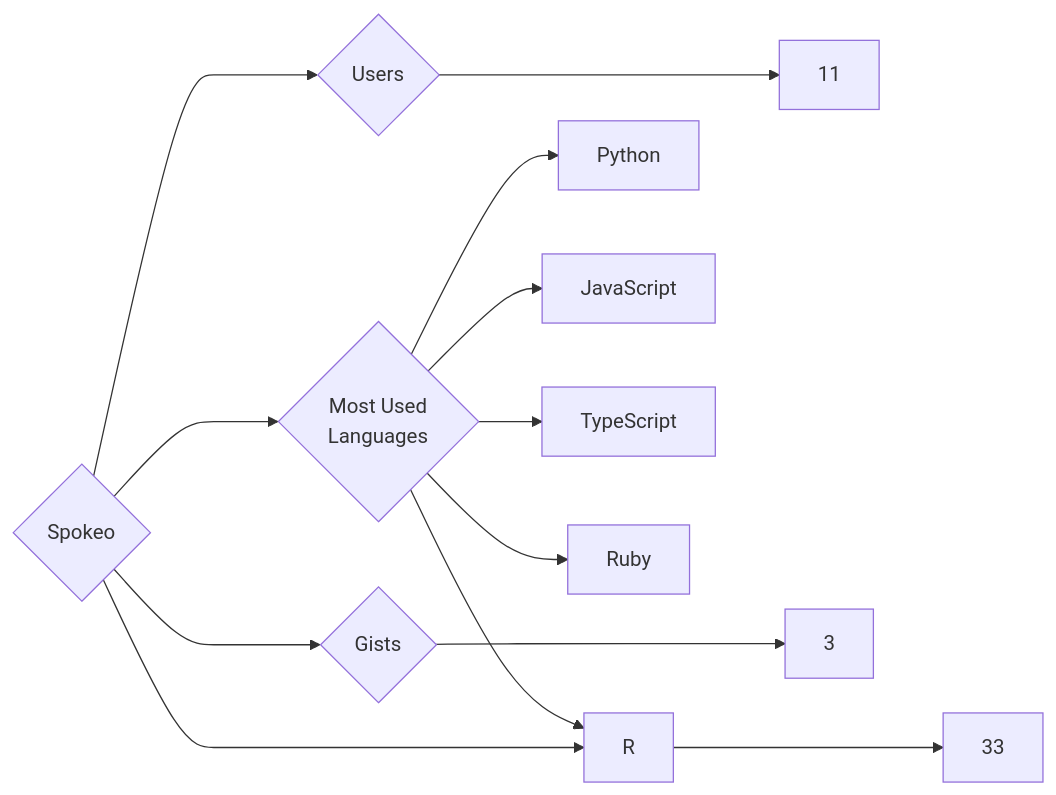
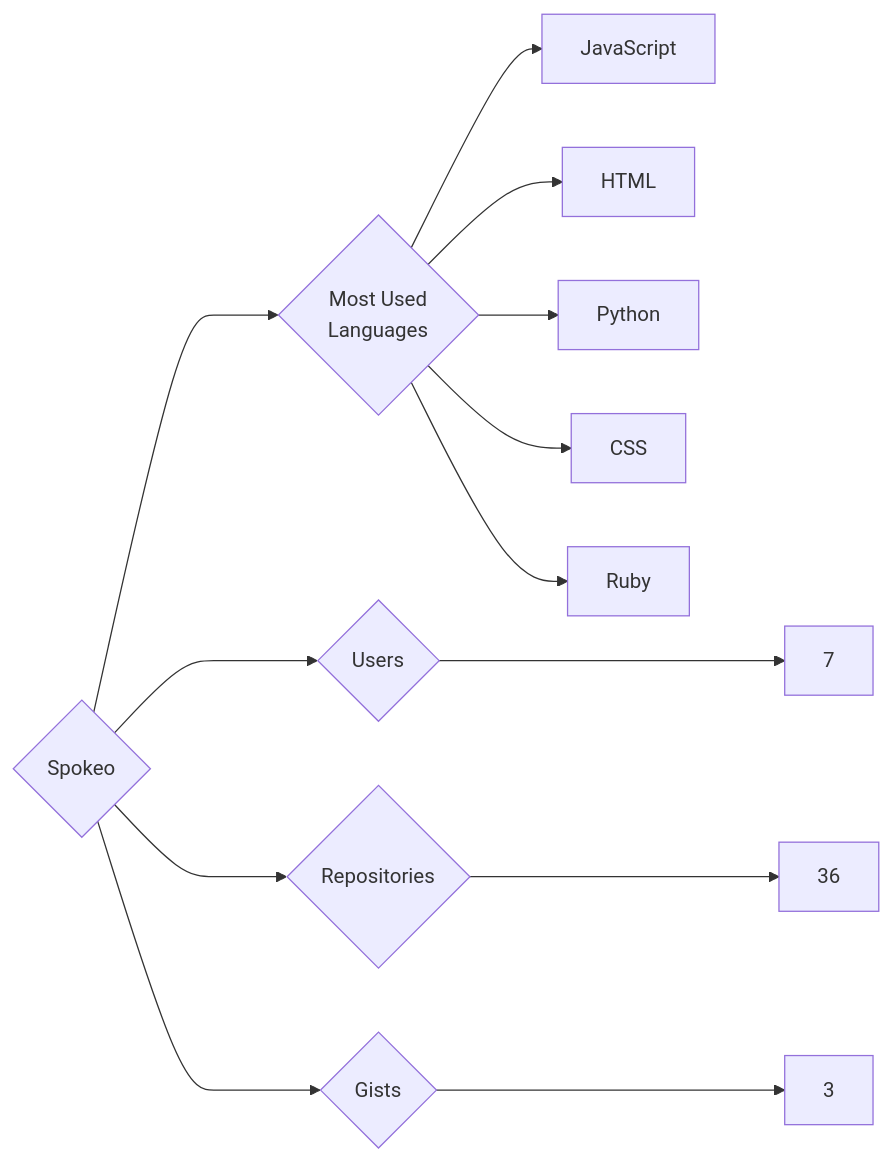
Before and after one commit to trickest/insiders: the diagram in targets/Spokeo/README.md, drawn with Mermaid. The commit also changed 903 other files, not shown here.

````diff
--- a/targets/Spokeo/README.md
+++ b/targets/Spokeo/README.md
@@ -3,13 +3,13 @@
 ```mermaid
 graph LR
 COMPANY_NAME{Spokeo}
-COMPANY_NAME ---> U{Users} ---> UN[11]
-COMPANY_NAME ---> R{Repositories} ---> RN[33]
+COMPANY_NAME ---> U{Users} ---> UN[7]
+COMPANY_NAME ---> R{Repositories} ---> RN[36]
 COMPANY_NAME ---> G{Gists} ---> GN[3]
 COMPANY_NAME ---> ML{Most Used<br>Languages}
+ML --> JavaScript[JavaScript]
+ML --> HTML[HTML]
 ML --> Python[Python]
-ML --> JavaScript[JavaScript]
-ML --> R[R]
-ML --> TypeScript[TypeScript]
+ML --> CSS[CSS]
 ML --> Ruby[Ruby]
 ```
````
